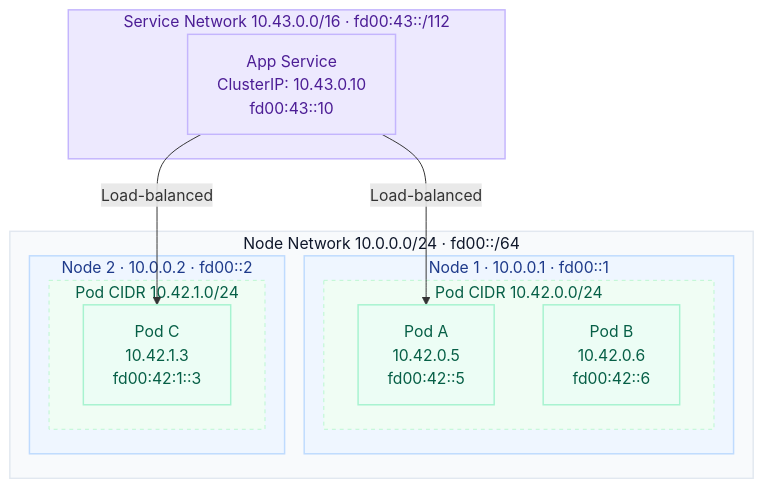
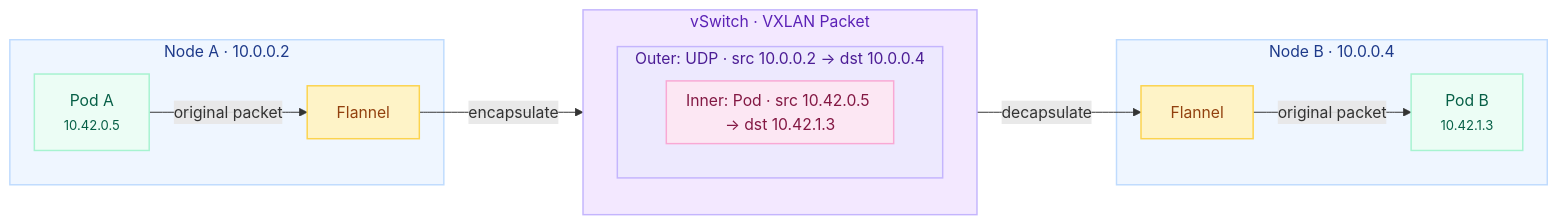
One commit to philprime/philprime.dev changed the first of 2 diagrams in guides/migrating-k3s-to-rke2-without-downtime/lesson-6.md. Above: the diagram before and after it, drawn with Mermaid. The commit also changed other lines of this file and 8 other files, not shown here.

````diff
--- a/guides/migrating-k3s-to-rke2-without-downtime/lesson-6.md
+++ b/guides/migrating-k3s-to-rke2-without-downtime/lesson-6.md
@@ -50,51 +110,39 @@
 ```mermaid!
-flowchart TB
-    %% =========================
-    %% Service Network Layer
-    %% =========================
-    subgraph SVC["Service Network 10.43.0.0/16 · fd00:43::/112"]
-        S1["App Service<br/>ClusterIP: 10.43.0.10<br/>fd00:43::10"]
+flowchart LR
+    subgraph NodeA["Node A · 10.0.0.2"]
+        PodA["Pod A<br/><small>10.42.0.5</small>"]
+        FA["Flannel"]
     end
 
-    %% =========================
-    %% Node Network Layer
-    %% =========================
-    subgraph NODE["Node Network 10.0.0.0/24 · fd00::/64"]
-
-        subgraph N1["Node 1 · 10.0.0.1 · fd00::1"]
-            subgraph POD1["Pod CIDR 10.42.0.0/24"]
-                P1["Pod A<br/>10.42.0.5<br/>fd00:42::5"]
-                P2["Pod B<br/>10.42.0.6<br/>fd00:42::6"]
+    subgraph Wire["vSwitch · VXLAN Packet"]
+        direction TB
+        subgraph Outer["Outer: UDP · src 10.0.0.2 → dst 10.0.0.4"]
+            subgraph Inner["Inner: Pod · src 10.42.0.5 → dst 10.42.1.3"]
             end
         end
-
-        subgraph N2["Node 2 · 10.0.0.2 · fd00::2"]
-            subgraph POD2["Pod CIDR 10.42.1.0/24"]
-                P3["Pod C<br/>10.42.1.3<br/>fd00:42:1::3"]
-            end
-        end
-
     end
 
-    %% =========================
-    %% Traffic Flow
-    %% =========================
-    S1 -->|Load-balanced| P1
-    S1 -->|Load-balanced| P3
+    subgraph NodeB["Node B · 10.0.0.4"]
+        FB["Flannel"]
+        PodB["Pod B<br/><small>10.42.1.3</small>"]
+    end
 
-    %% =========================
-    %% Styling (softer, modern palette)
-    %% =========================
-    classDef service fill:#ede9fe,color:#4c1d95,stroke:#c4b5fd,stroke-width:1.5px
+    PodA -->|"original packet"| FA
+    FA -->|"encapsulate"| Wire
+    Wire -->|"decapsulate"| FB
+    FB -->|"original packet"| PodB
+
     classDef node fill:#eff6ff,color:#1e3a8a,stroke:#bfdbfe,stroke-width:1.5px
     classDef pod fill:#ecfdf5,color:#065f46,stroke:#a7f3d0,stroke-width:1.5px
-    classDef podnet fill:#f0fdf4,color:#065f46,stroke:#bbf7d0,stroke-dasharray: 4 4
-    classDef network fill:#f8fafc,color:#0f172a,stroke:#e2e8f0,stroke-width:1.5px
+    classDef flannel fill:#fef3c7,color:#92400e,stroke:#fcd34d,stroke-width:1.5px
+    classDef wire fill:#f3e8ff,color:#5b21b6,stroke:#c4b5fd,stroke-width:1.5px
+    classDef outer fill:#ede9fe,color:#4c1d95,stroke:#c4b5fd,stroke-width:1.5px
+    classDef inner fill:#fce7f3,color:#831843,stroke:#f9a8d4,stroke-width:1.5px
 
-    class SVC service
-    class S1 service
-    class NODE network
-    class N1,N2 node
-    class P1,P2,P3 pod
-    class POD1,POD2 podnet
+    class NodeA,NodeB node
+    class PodA,PodB pod
+    class FA,FB flannel
+    class Wire wire
+    class Outer outer
+    class Inner inner
 ```
````
